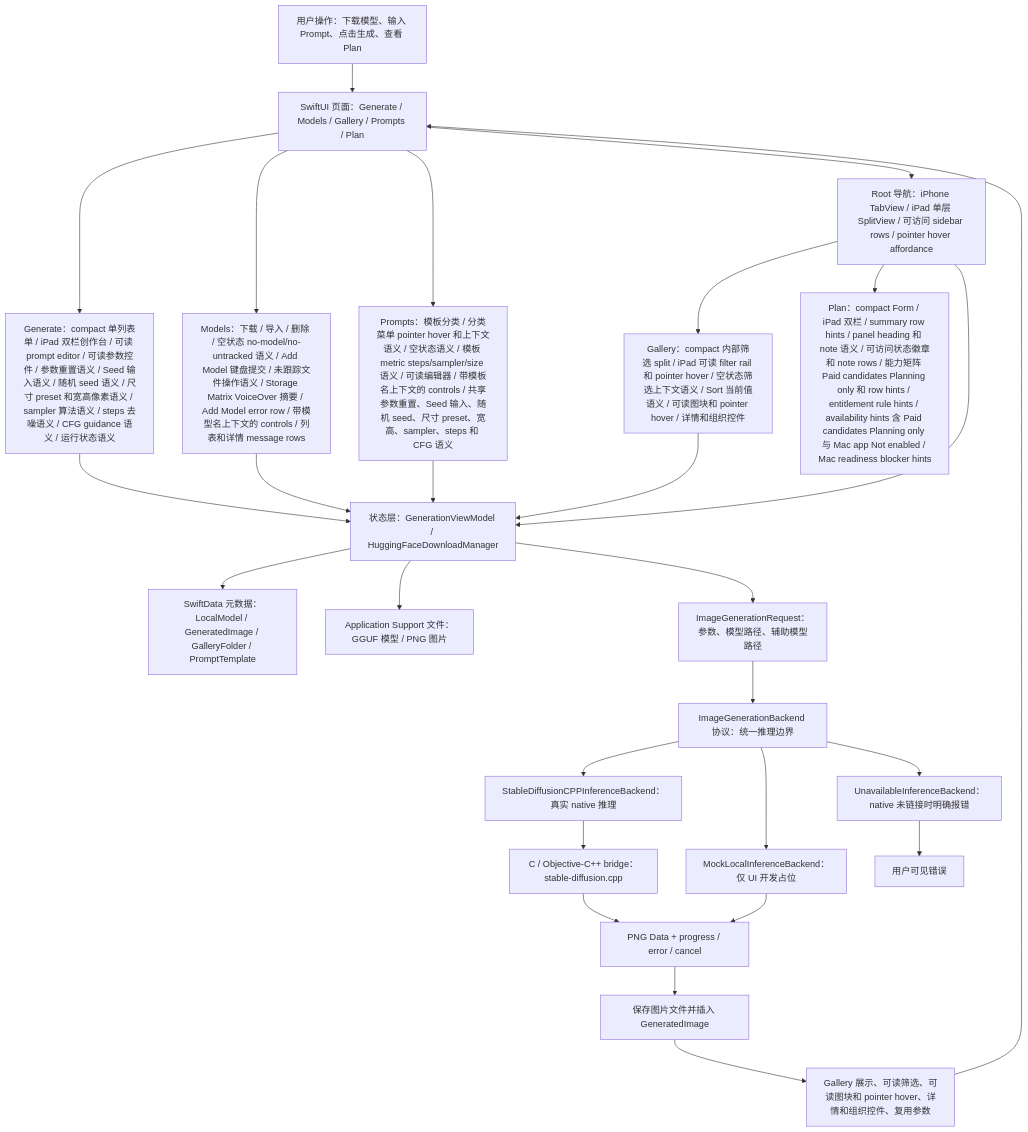
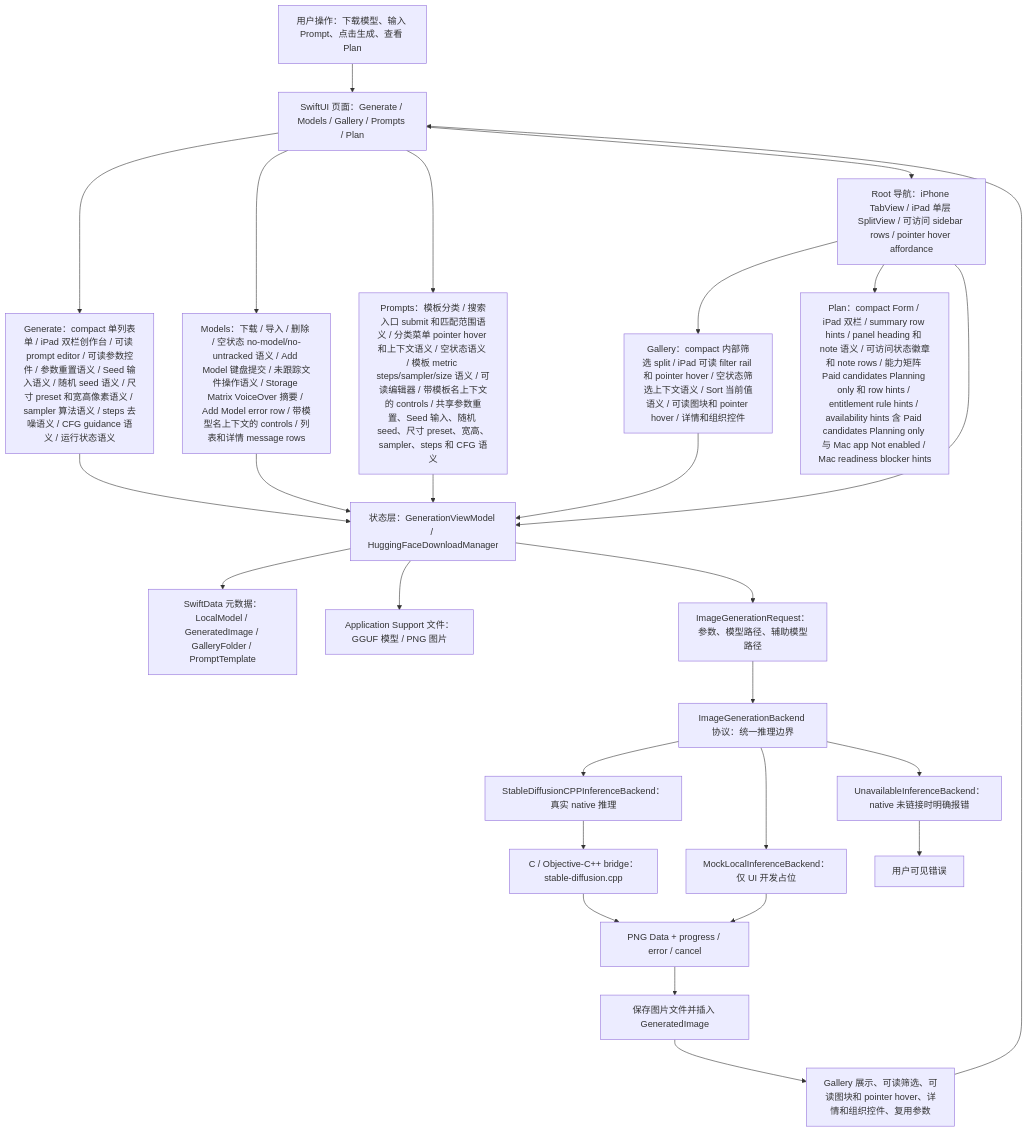
Before and after one commit to Altman-sam114/118: the first of 7 diagrams in md/flow/flowchart.md, drawn with Mermaid. The commit also changed 5 other files, not shown here.

````diff
--- a/md/flow/flowchart.md
+++ b/md/flow/flowchart.md
@@ -9,29 +9,29 @@
 ```mermaid
 flowchart TD
   U["用户操作：下载模型、输入 Prompt、点击生成、查看 Plan"] --> UI["SwiftUI 页面：Generate / Models / Gallery / Prompts / Plan"]
   UI --> GENUI["Generate：compact 单列表单 / iPad 双栏创作台 / 可读 prompt editor / 可读参数控件 / 参数重置语义 / Seed 输入语义 / 随机 seed 语义 / 尺寸 preset 和宽高像素语义 / sampler 算法语义 / steps 去噪语义 / CFG guidance 语义 / 运行状态语义"]
   UI --> MODELUI["Models：下载 / 导入 / 删除 / 空状态 no-model/no-untracked 语义 / Add Model 键盘提交 / 未跟踪文件操作语义 / Storage Matrix VoiceOver 摘要 / Add Model error row / 带模型名上下文的 controls / 列表和详情 message rows"]
-  UI --> PROMPTUI["Prompts：模板分类 / 分类菜单 pointer hover 和上下文语义 / 空状态语义 / 模板 metric steps/sampler/size 语义 / 可读编辑器 / 带模板名上下文的 controls / 共享参数重置、Seed 输入、随机 seed、尺寸 preset、宽高、sampler、steps 和 CFG 语义"]
+  UI --> PROMPTUI["Prompts：模板分类 / 搜索入口 submit 和匹配范围语义 / 分类菜单 pointer hover 和上下文语义 / 空状态语义 / 模板 metric steps/sampler/size 语义 / 可读编辑器 / 带模板名上下文的 controls / 共享参数重置、Seed 输入、随机 seed、尺寸 preset、宽高、sampler、steps 和 CFG 语义"]
   UI --> NAV["Root 导航：iPhone TabView / iPad 单层 SplitView / 可访问 sidebar rows / pointer hover affordance"]
   NAV --> GALUI["Gallery：compact 内部筛选 split / iPad 可读 filter rail 和 pointer hover / 空状态筛选上下文语义 / Sort 当前值语义 / 可读图块和 pointer hover / 详情和组织控件"]
   NAV --> PLANUI["Plan：compact Form / iPad 双栏 / summary row hints / panel heading 和 note 语义 / 可访问状态徽章和 note rows / 能力矩阵 Paid candidates Planning only 和 row hints / entitlement rule hints / availability hints 含 Paid candidates Planning only 与 Mac app Not enabled / Mac readiness blocker hints"]
   NAV --> VM["状态层：GenerationViewModel / HuggingFaceDownloadManager"]
   GENUI --> VM
   MODELUI --> VM
   PROMPTUI --> VM
   GALUI --> VM
   VM --> SD["SwiftData 元数据：LocalModel / GeneratedImage / GalleryFolder / PromptTemplate"]
   VM --> FS["Application Support 文件：GGUF 模型 / PNG 图片"]
   VM --> REQ["ImageGenerationRequest：参数、模型路径、辅助模型路径"]
   REQ --> IFACE["ImageGenerationBackend 协议：统一推理边界"]
   IFACE --> NATIVE["StableDiffusionCPPInferenceBackend：真实 native 推理"]
   IFACE --> MOCK["MockLocalInferenceBackend：仅 UI 开发占位"]
   IFACE --> OFF["UnavailableInferenceBackend：native 未链接时明确报错"]
   NATIVE --> BRIDGE["C / Objective-C++ bridge：stable-diffusion.cpp"]
   BRIDGE --> PNG["PNG Data + progress / error / cancel"]
   MOCK --> PNG
   OFF --> ERR["用户可见错误"]
   PNG --> SAVE["保存图片文件并插入 GeneratedImage"]
   SAVE --> GALLERY["Gallery 展示、可读筛选、可读图块和 pointer hover、详情和组织控件、复用参数"]
   GALLERY --> UI
 ```
````
